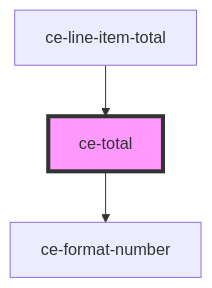
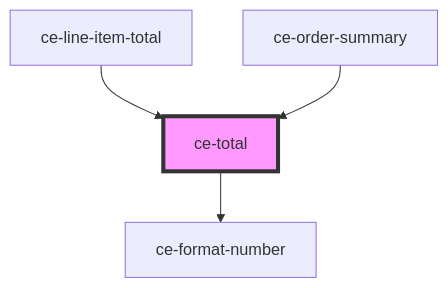
One commit to surecart/surecart-wp-plugin changed the diagram in packages/components/src/components/controllers/ce-total/readme.md. Above: the diagram before and after it, drawn with Mermaid. The commit also changed other lines of this file and 59 other files, not shown here.

````diff
--- a/packages/components/src/components/controllers/ce-total/readme.md
+++ b/packages/components/src/components/controllers/ce-total/readme.md
@@ -27,6 +28,7 @@
 ```mermaid
 graph TD;
   ce-total --> ce-format-number
   ce-line-item-total --> ce-total
+  ce-order-summary --> ce-total
   style ce-total fill:#f9f,stroke:#333,stroke-width:4px
 ```
````
